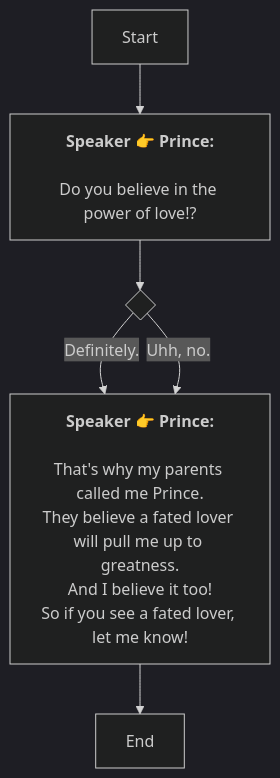
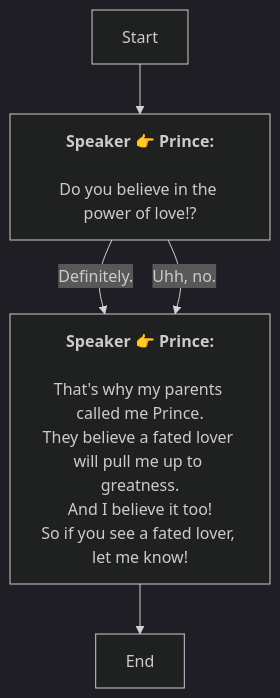
Before and after one commit to SoftHu/tos_avg: the diagram in En/AddDialogNode_1769061199392816.md, drawn with Mermaid (dark theme). The commit also changed 737 other files, not shown here.

````diff
--- a/En/AddDialogNode_1769061199392816.md
+++ b/En/AddDialogNode_1769061199392816.md
@@ -1,21 +1,15 @@
 ```mermaid
 graph
 Start -->1769061300408371[<b>Speaker 👉 Prince:</b>
-
-Do you believe in the power of love!?]
-1769061300408371 -->1769061315290164{ }
-1769061315290164 -->|Definitely. |1769061331779641[<b>Speaker 👉 Prince:</b>
-
-That's why my parents called me Prince.
-They believe a fated lover will pull me up to greatness.
-And I believe it too!
+\nDo you believe in the power of love!?]
+1769061300408371 -->|Definitely. |1769061331779641[<b>Speaker 👉 Prince:</b>
+\nThat's why my parents called me Prince.
+They believe a fated lover will pull me up to greatness.\nAnd I believe it too!
 So if you see a fated lover, let me know! ]
-1769061315290164 -->|Uhh, no.|1769061331779641[<b>Speaker 👉 Prince:</b>
-
-That's why my parents called me Prince.
-They believe a fated lover will pull me up to greatness.
-And I believe it too!
+1769061300408371 -->|Uhh, no.|1769061331779641[<b>Speaker 👉 Prince:</b>
+\nThat's why my parents called me Prince.
+They believe a fated lover will pull me up to greatness.\nAnd I believe it too!
 So if you see a fated lover, let me know! ]
 1769061331779641 -->1769061374106683[End]
 
- ```
+```
````
